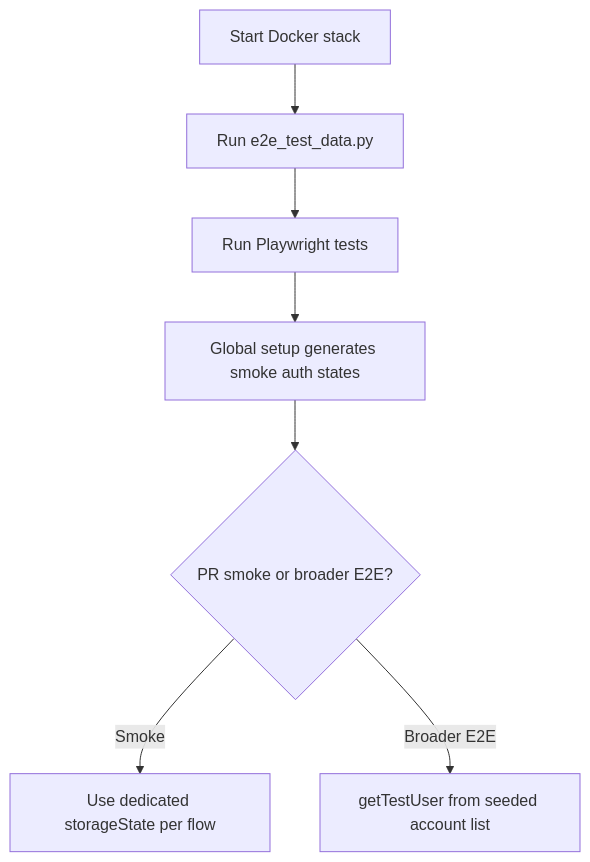
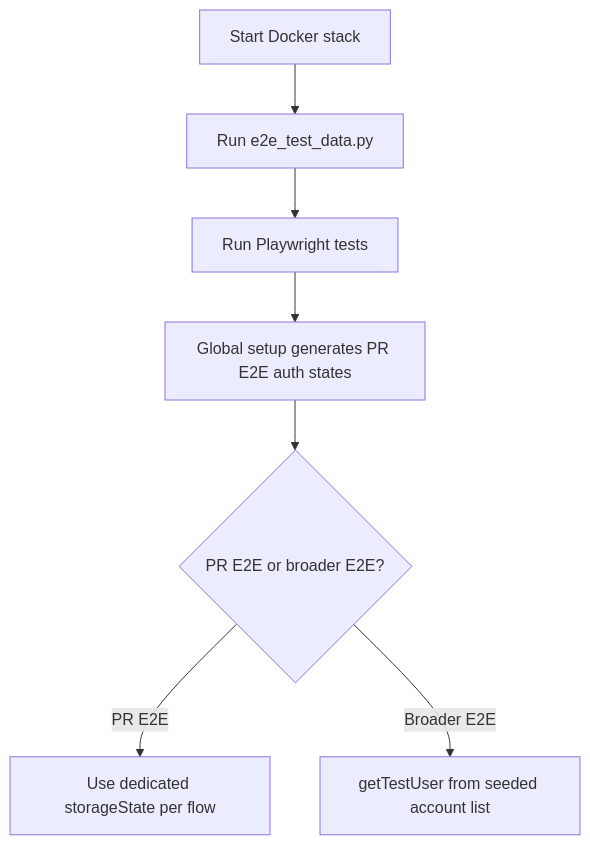
Before and after one commit to Significant-Gravitas/AutoGPT: the diagram in autogpt_platform/frontend/TESTING.md, drawn with Mermaid. The commit also changed other lines of this file and 11 other files, not shown here.

````diff
--- a/autogpt_platform/frontend/TESTING.md
+++ b/autogpt_platform/frontend/TESTING.md
@@ -43,9 +43,9 @@
 ```mermaid
 flowchart TD
   A[Start Docker stack] --> B[Run e2e_test_data.py]
   B --> C[Run Playwright tests]
-  C --> D[Global setup generates smoke auth states]
-  D --> E{PR smoke or broader E2E?}
-  E -->|Smoke| F[Use dedicated storageState per flow]
+  C --> D[Global setup generates PR E2E auth states]
+  D --> E{PR E2E or broader E2E?}
+  E -->|PR E2E| F[Use dedicated storageState per flow]
   E -->|Broader E2E| G[getTestUser from seeded account list]
 ```
````
